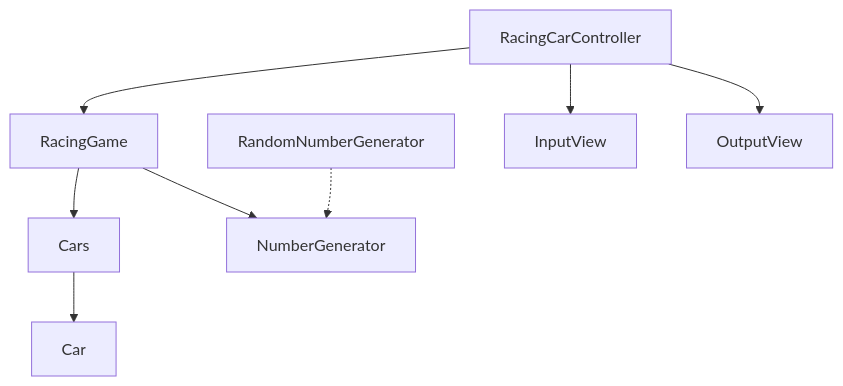
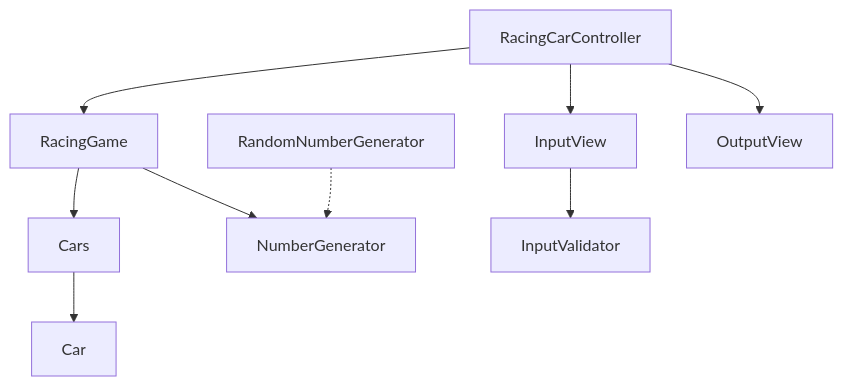
Before and after one commit to woowacourse/java-racingcar: the diagram in README.md, drawn with Mermaid. The commit also changed other lines of this file and 2 other files, not shown here.

````diff
--- a/README.md
+++ b/README.md
@@ -11,10 +11,11 @@
 ```mermaid
 graph TD
     Cars --> Car
     RacingGame --> NumberGenerator
     RacingGame --> Cars
     RacingCarController --> RacingGame
     RandomNumberGenerator -.-> NumberGenerator
     RacingCarController --> InputView
+    InputView --> InputValidator
     RacingCarController --> OutputView
 ```
````
